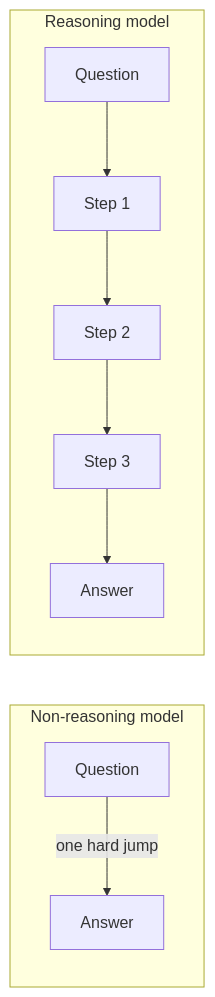
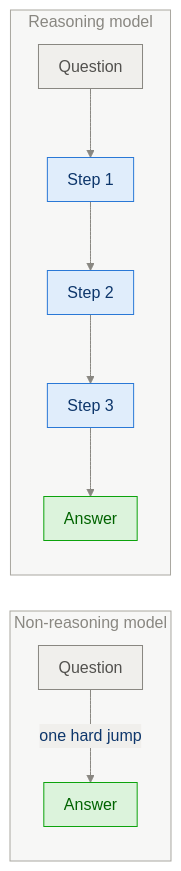
One commit to sudhanshu-shivam-dev/reasoning_model_from_scratch changed the first of 6 diagrams in study_guide/ch01_understanding_reasoning_models.md. Above: the diagram before and after it, drawn with Mermaid. The commit also changed other lines of this file and 14 other files, not shown here.

First line of the commit message:
Restyle all 54 diagrams: consistent palette, semantic colors, better spacing

````diff
--- a/study_guide/ch01_understanding_reasoning_models.md
+++ b/study_guide/ch01_understanding_reasoning_models.md
@@ -43,9 +43,14 @@
 ```mermaid
+%%{init: {"theme":"base","themeVariables":{"primaryColor":"#e0edfb","primaryTextColor":"#0d366b","primaryBorderColor":"#2a78d6","lineColor":"#898781","textColor":"#52514e","edgeLabelBackground":"#f0efec","clusterBkg":"rgba(137,135,129,0.07)","clusterBorder":"#a9a7a0","titleColor":"#898781"},"flowchart":{"nodeSpacing":36,"rankSpacing":44,"curve":"basis","padding":10}}}%%
 flowchart LR
     subgraph NR["Non-reasoning model"]
         Q1["Question"] -->|one hard jump| A1["Answer"]
     end
     subgraph R["Reasoning model"]
         Q2["Question"] --> S1["Step 1"] --> S2["Step 2"] --> S3["Step 3"] --> A2["Answer"]
     end
+    classDef dim fill:#f0efec,stroke:#898781,color:#52514e
+    classDef good fill:#dcf3dc,stroke:#0ca30c,color:#006300
+    class Q1,Q2 dim
+    class A1,A2 good
 ```
````
